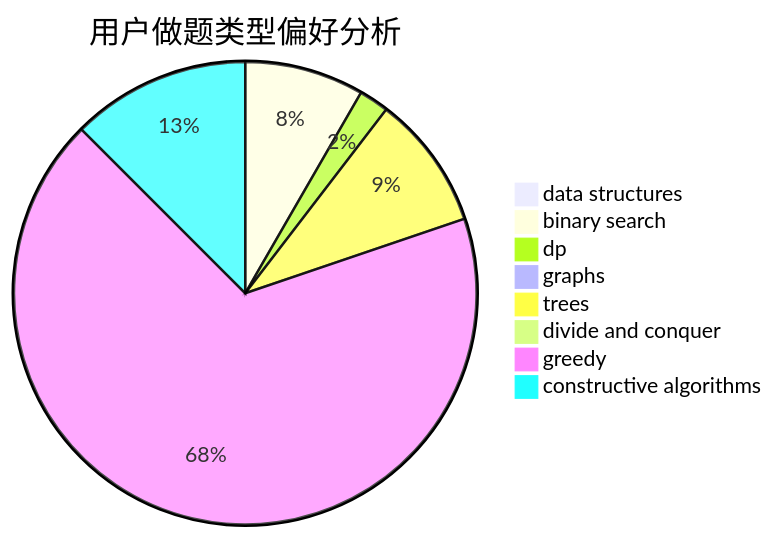
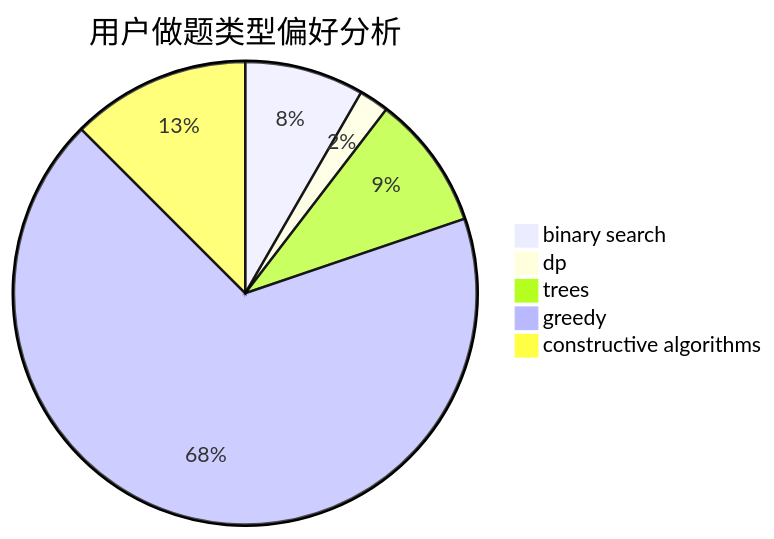
The second of 3 diagrams in docs/user/u2611.md (sherpahu/cfrs.github.io), drawn with Mermaid before and after one commit. The commit also changed other lines of this file and 2770 other files, not shown here.

````diff
--- a/docs/user/u2611.md
+++ b/docs/user/u2611.md
@@ -18,11 +14,8 @@
 ```mermaid
 pie title 用户做题类型偏好分析
-    "data structures" :  0
     "binary search" :  8
     "dp" :  2
-    "graphs" :  0
     "trees" :  9
-    "divide and conquer" :  0
     "greedy" :  65
     "constructive algorithms" :  12
 ```
````
